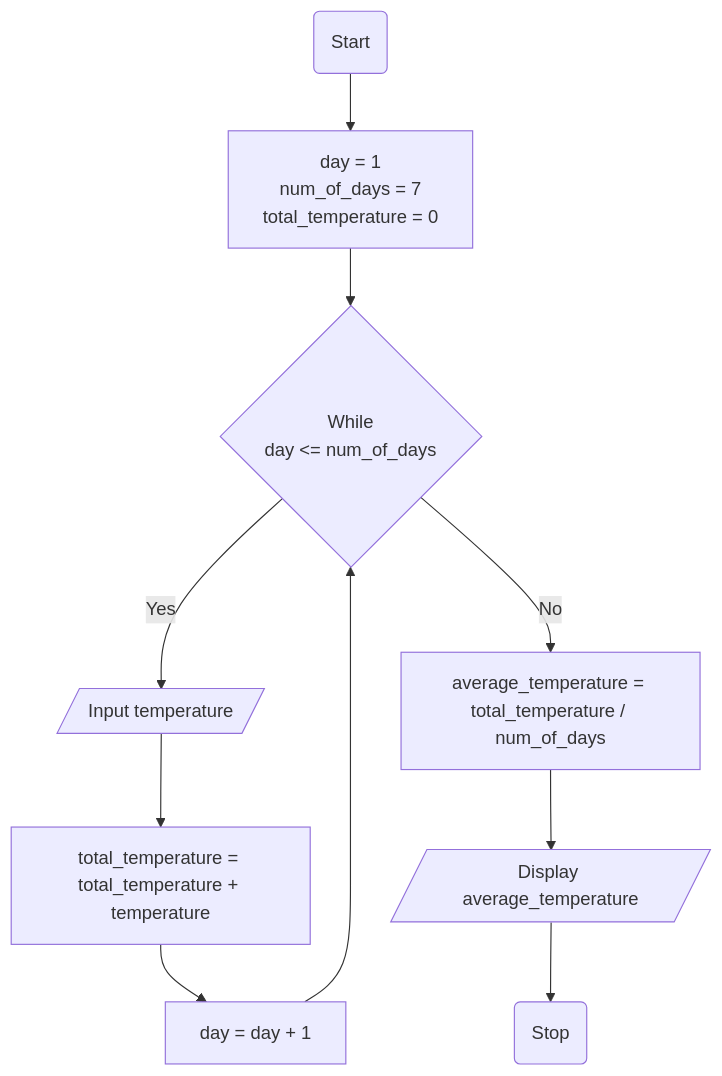
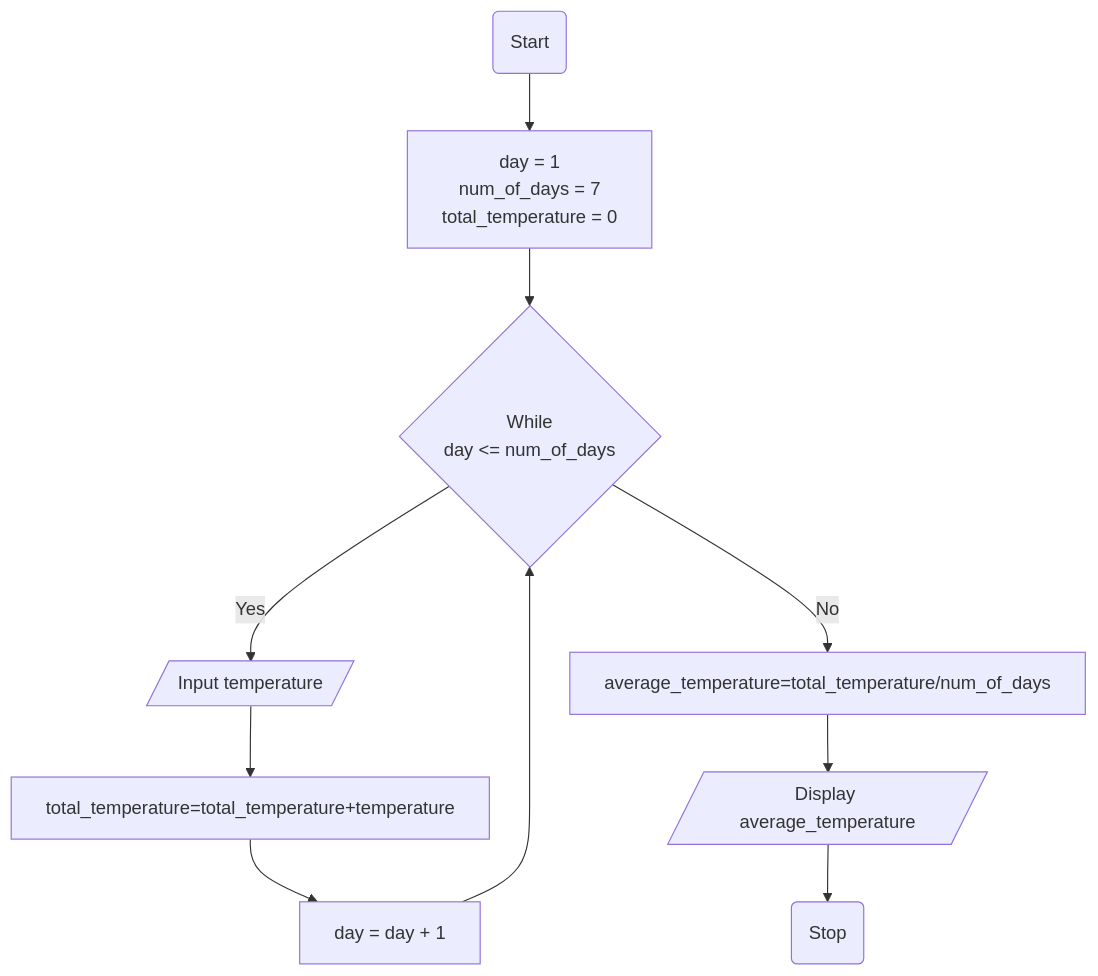
Before and after one commit to jayani-athukorala/algorithm-flowchart-workshop: the sixth of 10 diagrams in README.md, drawn with Mermaid. The commit also changed other lines of this file and 4 other files, not shown here.

Commit message:
Add mermaid flowchart for Q5 modification

````diff
--- a/README.md
+++ b/README.md
@@ -212,12 +212,12 @@
 ```mermaid
 flowchart TD
     A(Start) --> B[day = 1<br>num_of_days = 7<br> total_temperature = 0]
     B --> C{While<br>day <= num_of_days}
     C -- Yes --> D[/Input temperature/]
-    D --> E[total_temperature = total_temperature + temperature]
+    D --> E[total_temperature=total_temperature+temperature]
     E --> F[day = day + 1]
     F --> C
-    C -- No --> G[average_temperature = total_temperature / num_of_days]
+    C -- No --> G[average_temperature=total_temperature/num_of_days]
     G --> H[/Display average_temperature/]
     H --> I(Stop)
 ```
````
